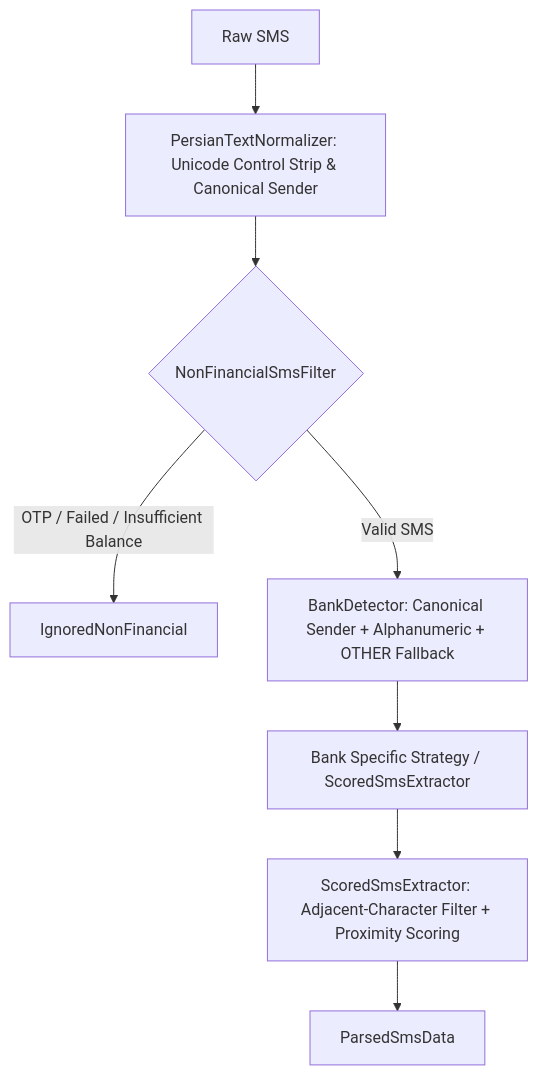
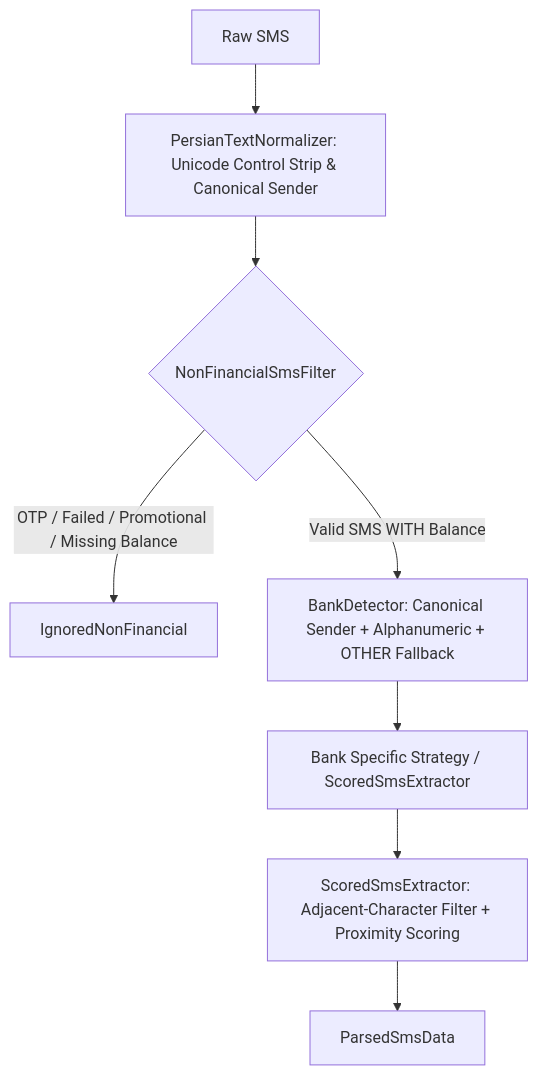
Before and after one commit to miladtavakolii/KhodHesab: the second of 6 diagrams in docs/ARCHITECTURE.md, drawn with Mermaid. The commit also changed other lines of this file and 10 other files, not shown here.

Commit message:
fix(sms-engine): require balance keyword (مانده/موجودی) to eliminate non-bank SMS false positives

````diff
--- a/docs/ARCHITECTURE.md
+++ b/docs/ARCHITECTURE.md
@@ -127,10 +127,10 @@
 ```mermaid
 flowchart TD
     RawSMS[Raw SMS] --> Clean[PersianTextNormalizer: Unicode Control Strip & Canonical Sender]
     Clean --> Filter{NonFinancialSmsFilter}
-    Filter -- OTP / Failed / Insufficient Balance --> Ignored[IgnoredNonFinancial]
-    Filter -- Valid SMS --> Detector[BankDetector: Canonical Sender + Alphanumeric + OTHER Fallback]
+    Filter -- OTP / Failed / Promotional / Missing Balance --> Ignored[IgnoredNonFinancial]
+    Filter -- Valid SMS WITH Balance --> Detector[BankDetector: Canonical Sender + Alphanumeric + OTHER Fallback]
     Detector --> Strategy[Bank Specific Strategy / ScoredSmsExtractor]
     Strategy --> Scored[ScoredSmsExtractor: Adjacent-Character Filter + Proximity Scoring]
     Scored --> Success[ParsedSmsData]
 ```
````
